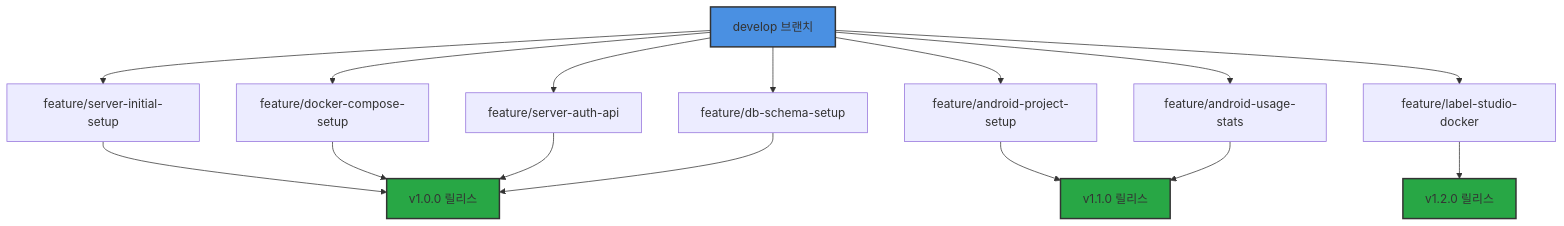
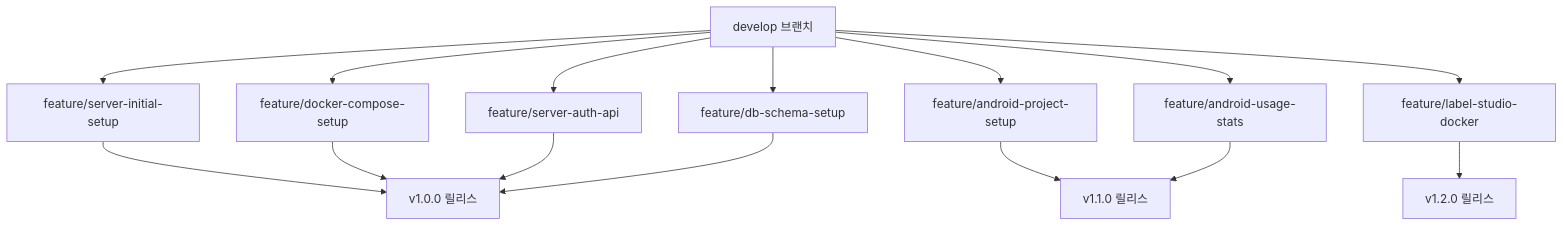
The diagram in docs/git-workflow.md (lsh930309/HomeworkHelperServer), drawn with Mermaid before and after one commit. The commit also changed 4 other files, not shown here.

First line of the commit message:
docs: 문서 통합 정리 및 Mermaid 다이어그램 개선

````diff
--- a/docs/git-workflow.md
+++ b/docs/git-workflow.md
@@ -206,25 +206,20 @@
 ```mermaid
 graph TD
     develop[develop 브랜치]
 
     develop --> f1[feature/server-initial-setup]
     develop --> f2[feature/docker-compose-setup]
     develop --> f3[feature/server-auth-api]
     develop --> f4[feature/db-schema-setup]
     develop --> f5[feature/android-project-setup]
     develop --> f6[feature/android-usage-stats]
     develop --> f7[feature/label-studio-docker]
 
     f1 --> v1[v1.0.0 릴리스]
     f2 --> v1
     f3 --> v1
     f4 --> v1
     f5 --> v11[v1.1.0 릴리스]
     f6 --> v11
     f7 --> v12[v1.2.0 릴리스]
-
-    style develop fill:#4a90e2,stroke:#333,stroke-width:2px
-    style v1 fill:#28a745,stroke:#333,stroke-width:2px
-    style v11 fill:#28a745,stroke:#333,stroke-width:2px
-    style v12 fill:#28a745,stroke:#333,stroke-width:2px
 ```
````
